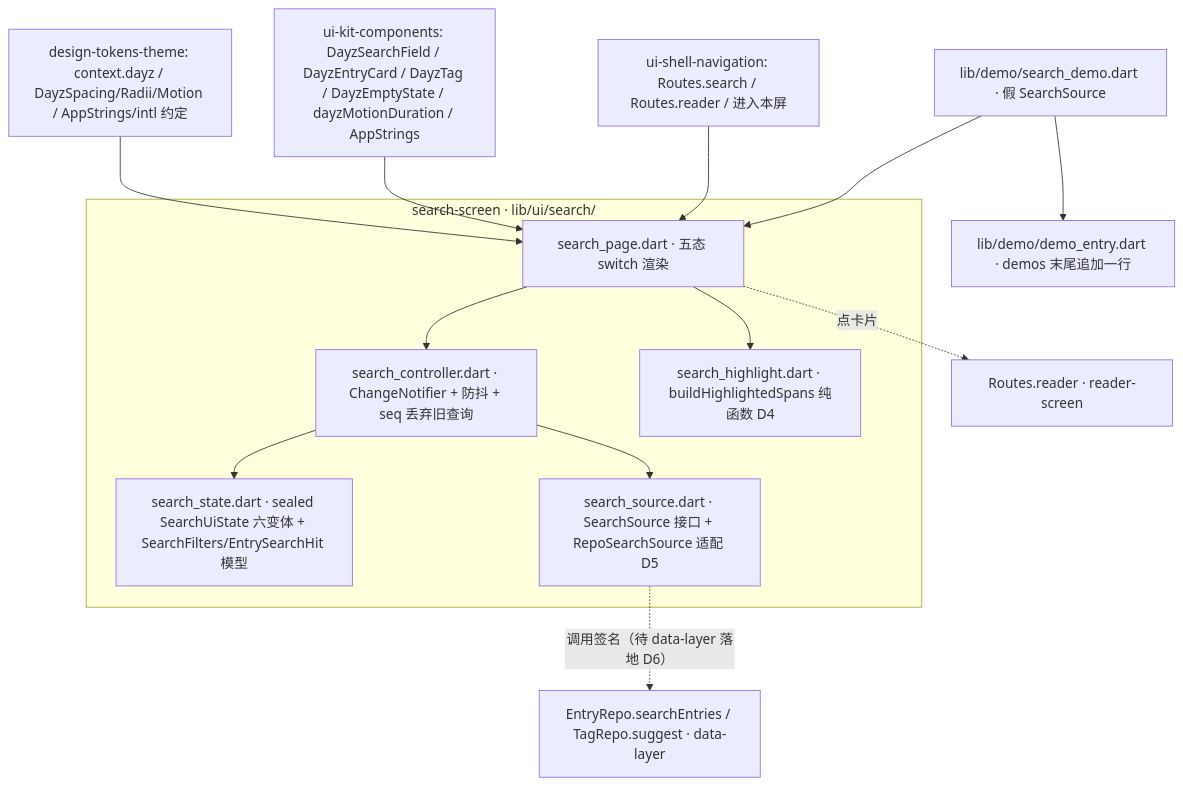
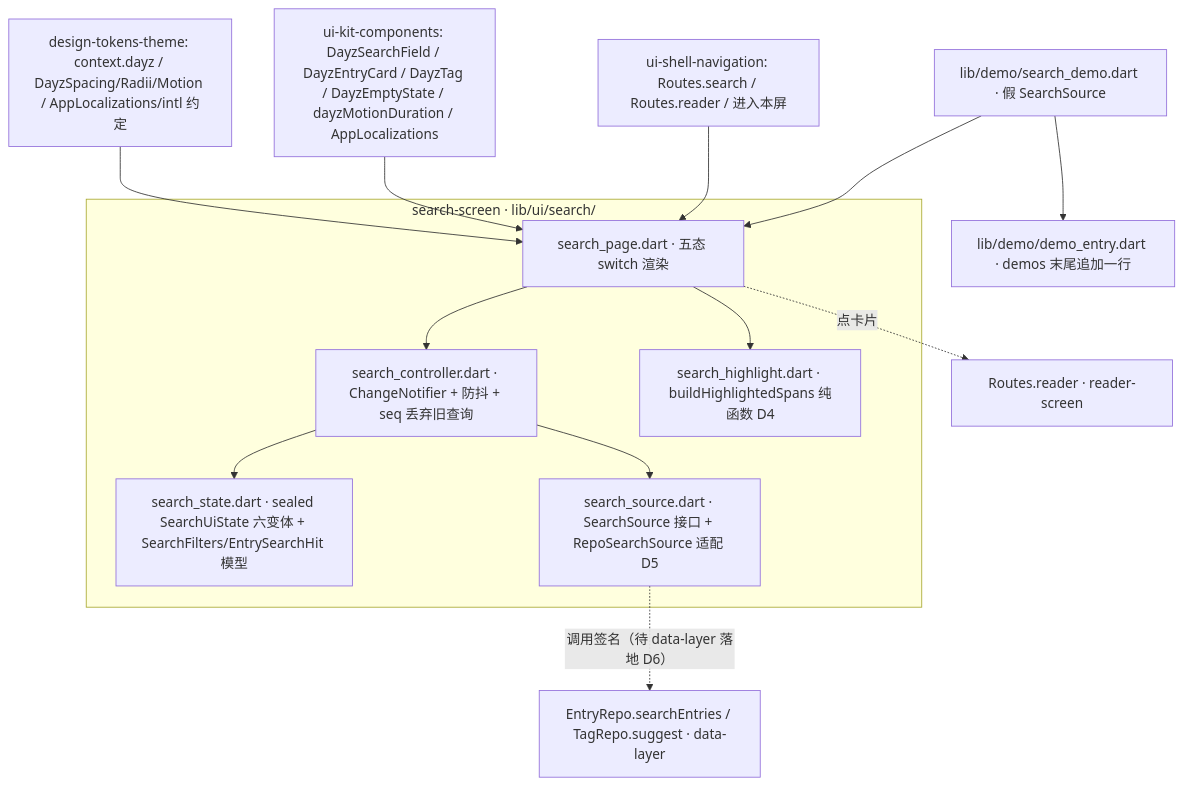
The diagram in specs/active/search-screen/design.md (cr1992/DayZ), drawn with Mermaid before and after one commit. The commit also changed other lines of this file and 104 other files, not shown here.

````diff
--- a/specs/active/search-screen/design.md
+++ b/specs/active/search-screen/design.md
@@ -88,21 +87,21 @@
 ```mermaid
 graph TD
-  TOK[design-tokens-theme: context.dayz / DayzSpacing/Radii/Motion / AppStrings/intl 约定] --> PAGE
-  KIT[ui-kit-components: DayzSearchField / DayzEntryCard / DayzTag / DayzEmptyState / dayzMotionDuration / AppStrings] --> PAGE
+  TOK[design-tokens-theme: context.dayz / DayzSpacing/Radii/Motion / AppLocalizations/intl 约定] --> PAGE
+  KIT[ui-kit-components: DayzSearchField / DayzEntryCard / DayzTag / DayzEmptyState / dayzMotionDuration / AppLocalizations] --> PAGE
   SHELL[ui-shell-navigation: Routes.search / Routes.reader / 进入本屏] --> PAGE
   subgraph SS[search-screen · lib/ui/search/]
     PAGE[search_page.dart · 五态 switch 渲染]
     CTRL[search_controller.dart · ChangeNotifier + 防抖 + seq 丢弃旧查询]
     STATE[search_state.dart · sealed SearchUiState 六变体 + SearchFilters/EntrySearchHit 模型]
     HL[search_highlight.dart · buildHighlightedSpans 纯函数 D4]
     SRC[search_source.dart · SearchSource 接口 + RepoSearchSource 适配 D5]
     PAGE --> CTRL
     CTRL --> STATE
     PAGE --> HL
     CTRL --> SRC
   end
   SRC -. 调用签名（待 data-layer 落地 D6）.-> REPO[EntryRepo.searchEntries / TagRepo.suggest · data-layer]
   PAGE -. 点卡片 .-> READER[Routes.reader · reader-screen]
   DEMO[lib/demo/search_demo.dart · 假 SearchSource] --> PAGE
   DEMO --> DH[lib/demo/demo_entry.dart · demos 末尾追加一行]
 ```
````
